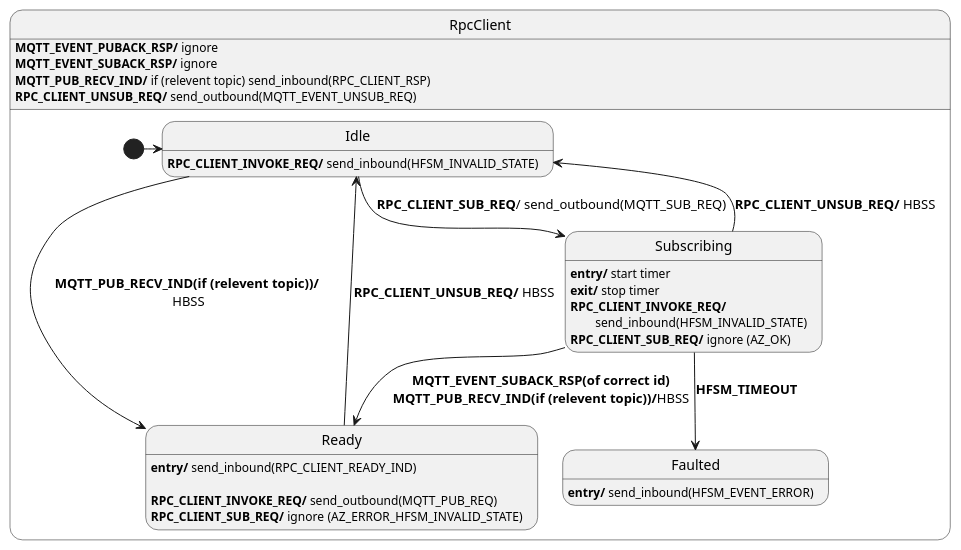
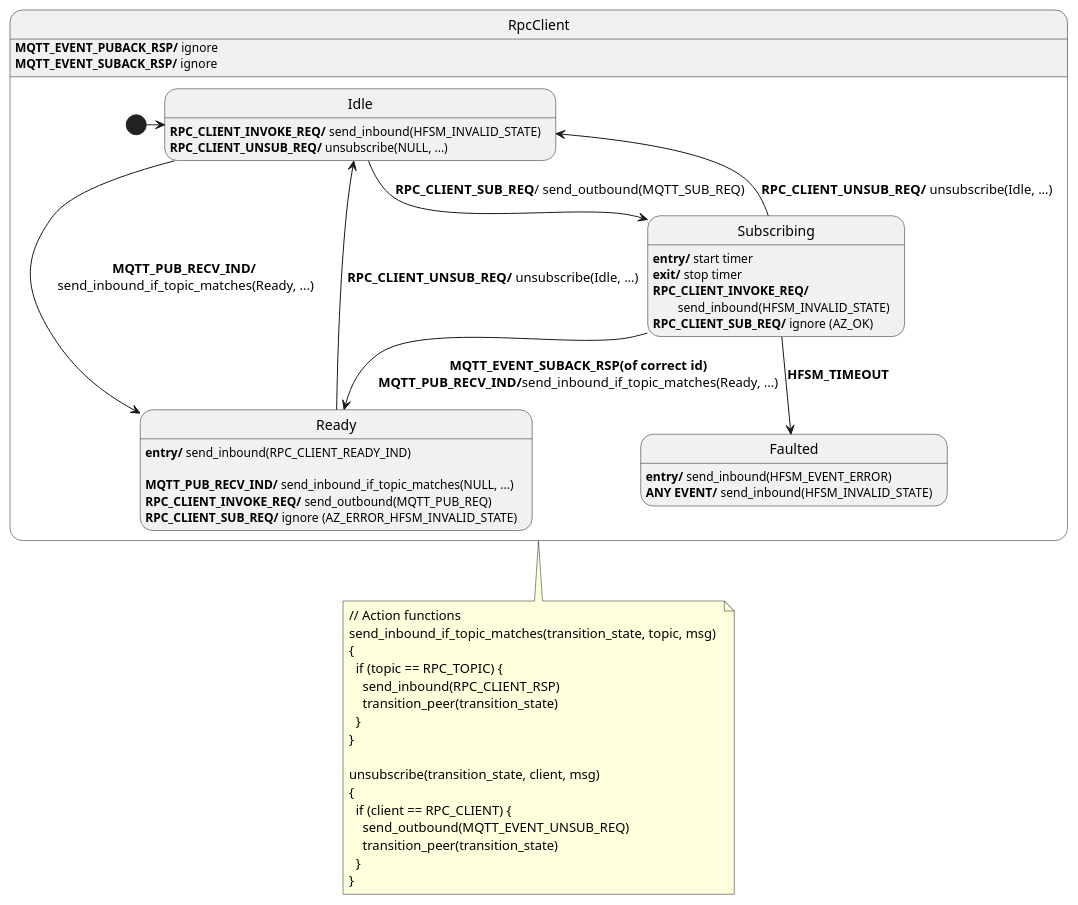
Before and after one commit to Azure/azure-sdk-for-c: the diagram in sdk/docs/core/rpc_client.puml, drawn with PlantUML. The commit also changed 8 other files, not shown here.

```diff
--- a/sdk/docs/core/rpc_client.puml
+++ b/sdk/docs/core/rpc_client.puml
@@ -1,44 +1,60 @@
 @startuml
 ' ignore these as handled outside of this diagram: MQTT_EVENT_CONNECT_REQ, MQTT_EVENT_CONNECT_RSP, MQTT_EVENT_DISCONNECT_REQ, MQTT_EVENT_DISCONNECT_RSP
 ' Assumptions:
 ' 0. Unknown events are forwarded (in their original direction, either inbound or outbound).
 ' 1. If RPC_CLIENT_READY_IND hasn't already been sent, RPC_CLIENT_SUB_REQ is guaranteed to respond with either RPC_CLIENT_READY_IND, or HFSM_EVENT_ERROR if the subscribe request timed out.
 ' 2. RPC_CLIENT_READY_IND will not be sent more than once unless the client unsubscribes or gets disconnected
 ' 3. RPC_CLIENT_INVOKE_REQ is guaranteed to respond with MQTT_EVENT_PUBACK_RSP if the API call succeeds (?)
-' 4. HBSS = Handle By Super State
-' 5. send_inbound, send_outbound are used to send information to the app and network respectively.
+' 4. send_inbound, send_outbound are used to send information to the app and network respectively.
 
 state RpcClient {
   state Idle
   Idle : <b>RPC_CLIENT_INVOKE_REQ/</b> send_inbound(HFSM_INVALID_STATE)
+  Idle : <b>RPC_CLIENT_UNSUB_REQ/</b> unsubscribe(NULL, ...)
 
   state Faulted
   Faulted : <b>entry/</b> send_inbound(HFSM_EVENT_ERROR)
+  Faulted : <b>ANY EVENT/</b> send_inbound(HFSM_INVALID_STATE)
     
   state Subscribing
   Subscribing : <b>entry/</b> start timer
   Subscribing : <b>exit/</b> stop timer
   Subscribing : <b>RPC_CLIENT_INVOKE_REQ/</b>\n\tsend_inbound(HFSM_INVALID_STATE)
   Subscribing : <b>RPC_CLIENT_SUB_REQ/</b> ignore (AZ_OK) 
   
   state Ready
   Ready : <b>entry/</b> send_inbound(RPC_CLIENT_READY_IND)\n
+  Ready : <b>MQTT_PUB_RECV_IND/</b> send_inbound_if_topic_matches(NULL, ...)
   Ready : <b>RPC_CLIENT_INVOKE_REQ/</b> send_outbound(MQTT_PUB_REQ)
   Ready : <b>RPC_CLIENT_SUB_REQ/</b> ignore (AZ_ERROR_HFSM_INVALID_STATE)
 
   [*] -> Idle
   Idle --> Subscribing : <b>RPC_CLIENT_SUB_REQ</b>/ send_outbound(MQTT_SUB_REQ)
-  Idle -> Ready : <b>MQTT_PUB_RECV_IND(if (relevent topic))/</b>\n HBSS
+  Idle -> Ready : <b>MQTT_PUB_RECV_IND/</b>\n send_inbound_if_topic_matches(Ready, ...)
   Subscribing --> Faulted : <b>HFSM_TIMEOUT</b>
-  Subscribing --> Ready : <b>MQTT_EVENT_SUBACK_RSP(of correct id)</b>\n<b>MQTT_PUB_RECV_IND(if (relevent topic))/</b>HBSS
-  Ready --> Idle : <b>RPC_CLIENT_UNSUB_REQ/</b> HBSS
-  Subscribing --> Idle : <b>RPC_CLIENT_UNSUB_REQ/</b> HBSS
-
+  Subscribing --> Ready : <b>MQTT_EVENT_SUBACK_RSP(of correct id)</b>\n<b>MQTT_PUB_RECV_IND/</b>send_inbound_if_topic_matches(Ready, ...)
+  Ready --> Idle : <b>RPC_CLIENT_UNSUB_REQ/</b> unsubscribe(Idle, ...)
+  Subscribing --> Idle : <b>RPC_CLIENT_UNSUB_REQ/</b> unsubscribe(Idle, ...)
 
 }
 RpcClient : <b>MQTT_EVENT_PUBACK_RSP/</b> ignore
 RpcClient : <b>MQTT_EVENT_SUBACK_RSP/</b> ignore
-RpcClient : <b>MQTT_PUB_RECV_IND/</b> if (relevent topic) send_inbound(RPC_CLIENT_RSP)
-RpcClient : <b>RPC_CLIENT_UNSUB_REQ/</b> send_outbound(MQTT_EVENT_UNSUB_REQ)
+note bottom of RpcClient
+  // Action functions
+  send_inbound_if_topic_matches(transition_state, topic, msg) 
+  {
+    if (topic == RPC_TOPIC) {
+      send_inbound(RPC_CLIENT_RSP)
+      transition_peer(transition_state)
+    }
+  }
 
+  unsubscribe(transition_state, client, msg) 
+  {
+    if (client == RPC_CLIENT) {
+      send_outbound(MQTT_EVENT_UNSUB_REQ)
+      transition_peer(transition_state)
+    }
+  }
+end note
 @enduml
```
